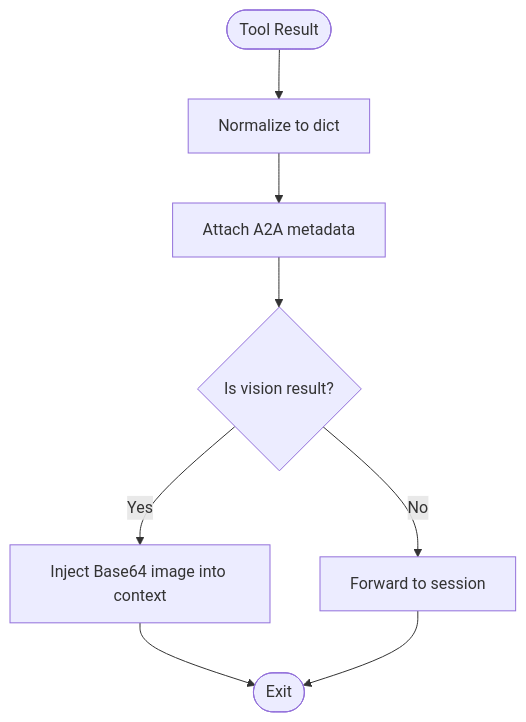
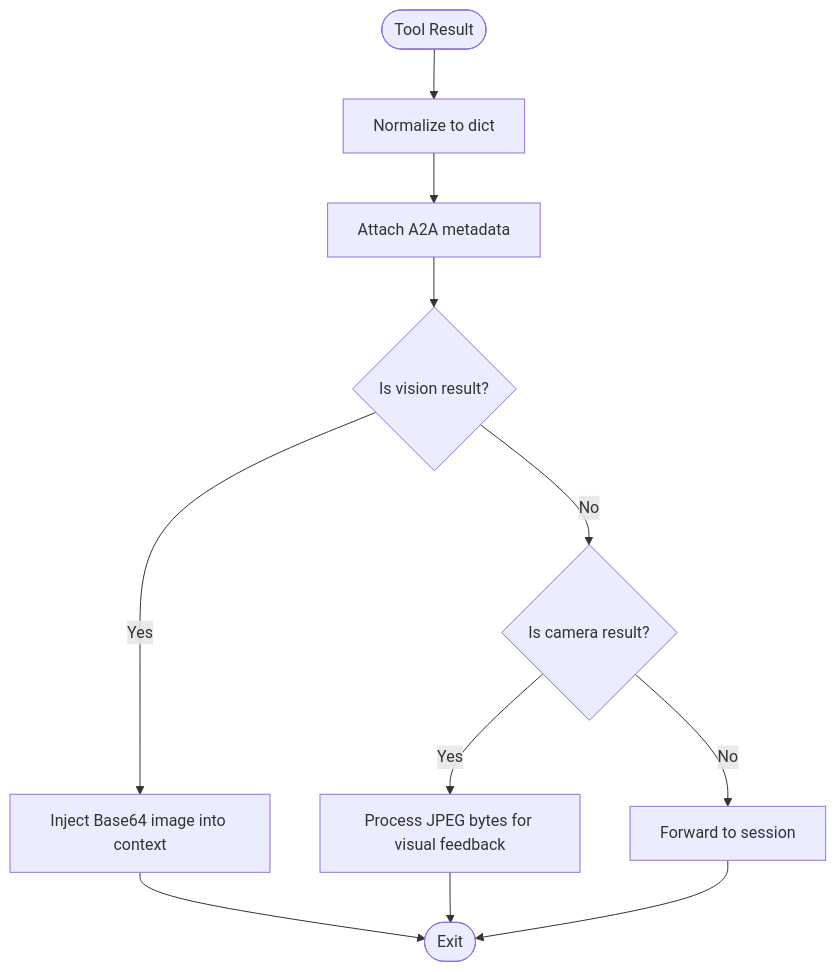
Diagram 15 of 18 in .qoder/repowiki/en/content/AI Integration Layer/Tool Execution System/Tool Execution System.md (Moeabdelaziz007/Aether-Voice-OS), drawn with Mermaid before and after one commit. The commit also changed other lines of this file and 29 other files, not shown here.

````diff
--- a/.qoder/repowiki/en/content/AI Integration Layer/Tool Execution System/Tool Execution System.md
+++ b/.qoder/repowiki/en/content/AI Integration Layer/Tool Execution System/Tool Execution System.md
@@ -400,10 +509,13 @@
 ```mermaid
 flowchart TD
 Start(["Tool Result"]) --> Normalize["Normalize to dict"]
 Normalize --> AddMeta["Attach A2A metadata"]
 AddMeta --> Vision{"Is vision result?"}
 Vision --> |Yes| Inject["Inject Base64 image into context"]
-Vision --> |No| Forward["Forward to session"]
-Inject --> End(["Exit"])
+Vision --> |No| Camera{"Is camera result?"}
+Camera --> |Yes| Process["Process JPEG bytes for visual feedback"]
+Camera --> |No| Forward["Forward to session"]
+Process --> End(["Exit"])
+Inject --> End
 Forward --> End
 ```
````
